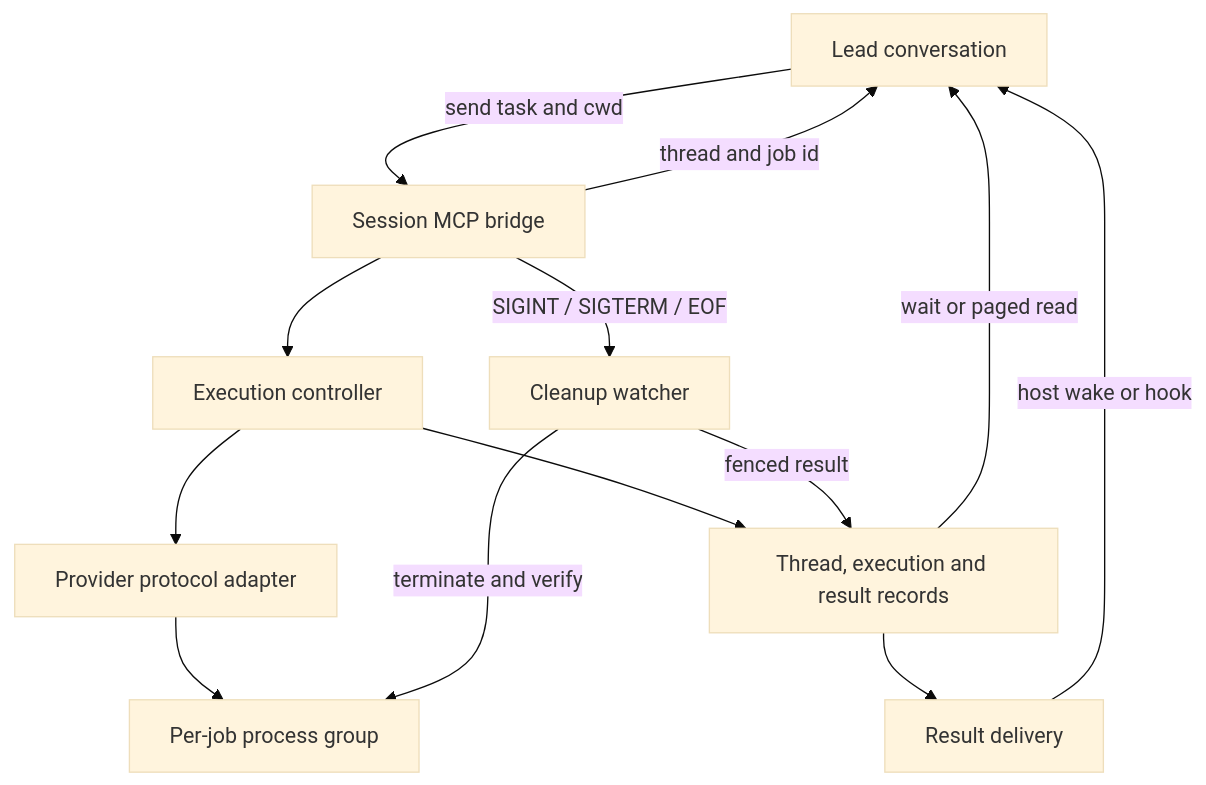
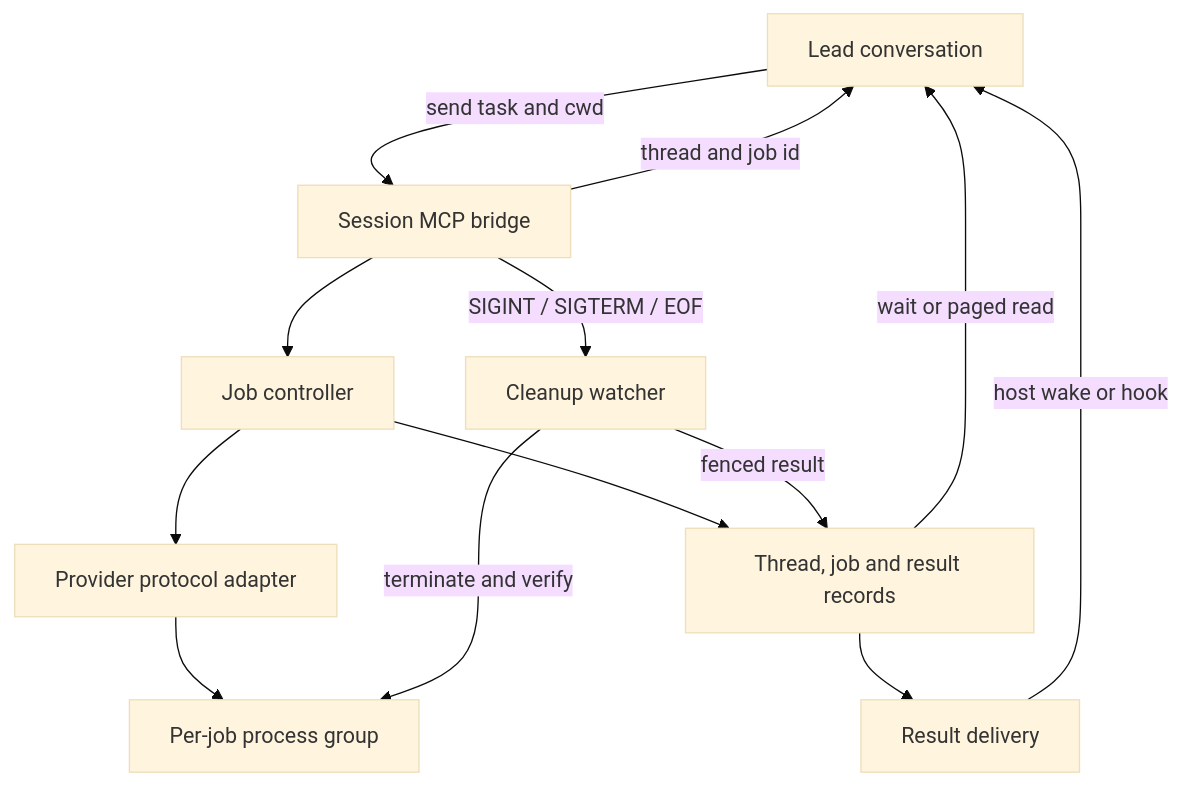
The diagram in docs/ARCHITECTURE.md (thangaram611/agent-companion), drawn with Mermaid (base theme) before and after one commit. The commit also changed other lines of this file and 107 other files, not shown here.

````diff
--- a/docs/ARCHITECTURE.md
+++ b/docs/ARCHITECTURE.md
@@ -29,15 +29,15 @@
 ```mermaid
 flowchart TD
   Lead[Lead conversation] -->|send task and cwd| Bridge[Session MCP bridge]
   Bridge -->|thread and job id| Lead
-  Bridge --> Controller[Execution controller]
+  Bridge --> Controller[Job controller]
   Controller --> Adapter[Provider protocol adapter]
   Adapter --> Provider[Per-job process group]
-  Controller --> Records[Thread, execution and result records]
+  Controller --> Records[Thread, job and result records]
   Records --> Delivery[Result delivery]
   Delivery -->|host wake or hook| Lead
   Records -->|wait or paged read| Lead
   Bridge -->|SIGINT / SIGTERM / EOF| Watcher[Cleanup watcher]
   Watcher -->|terminate and verify| Provider
   Watcher -->|fenced result| Records
 ```
````
